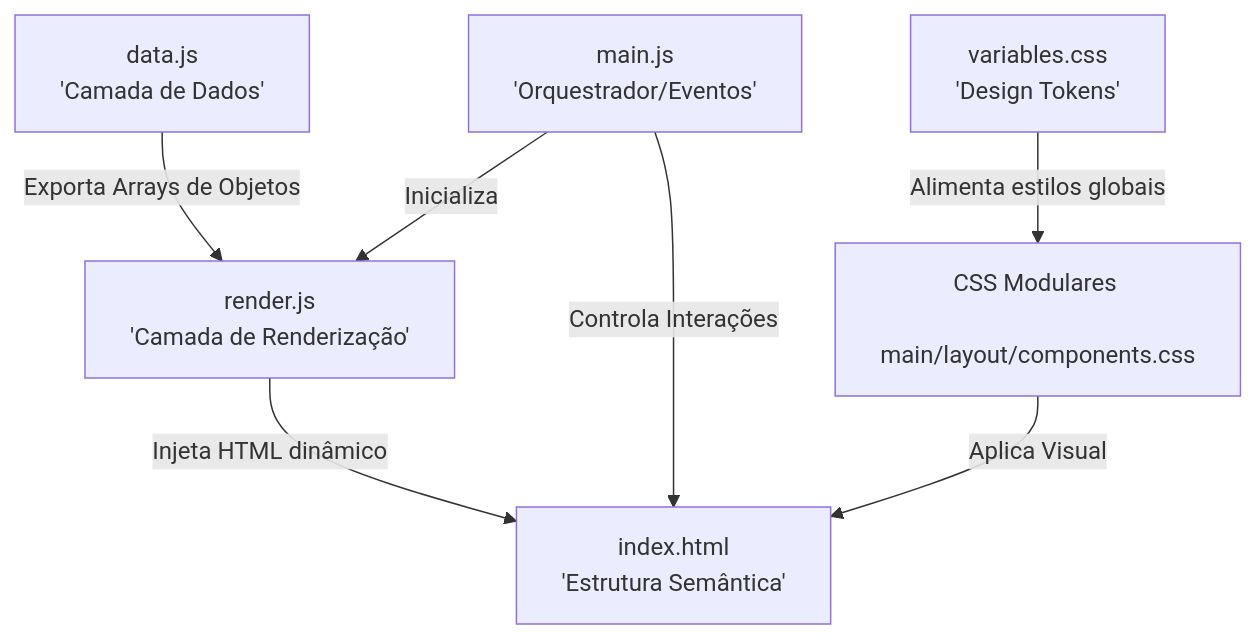
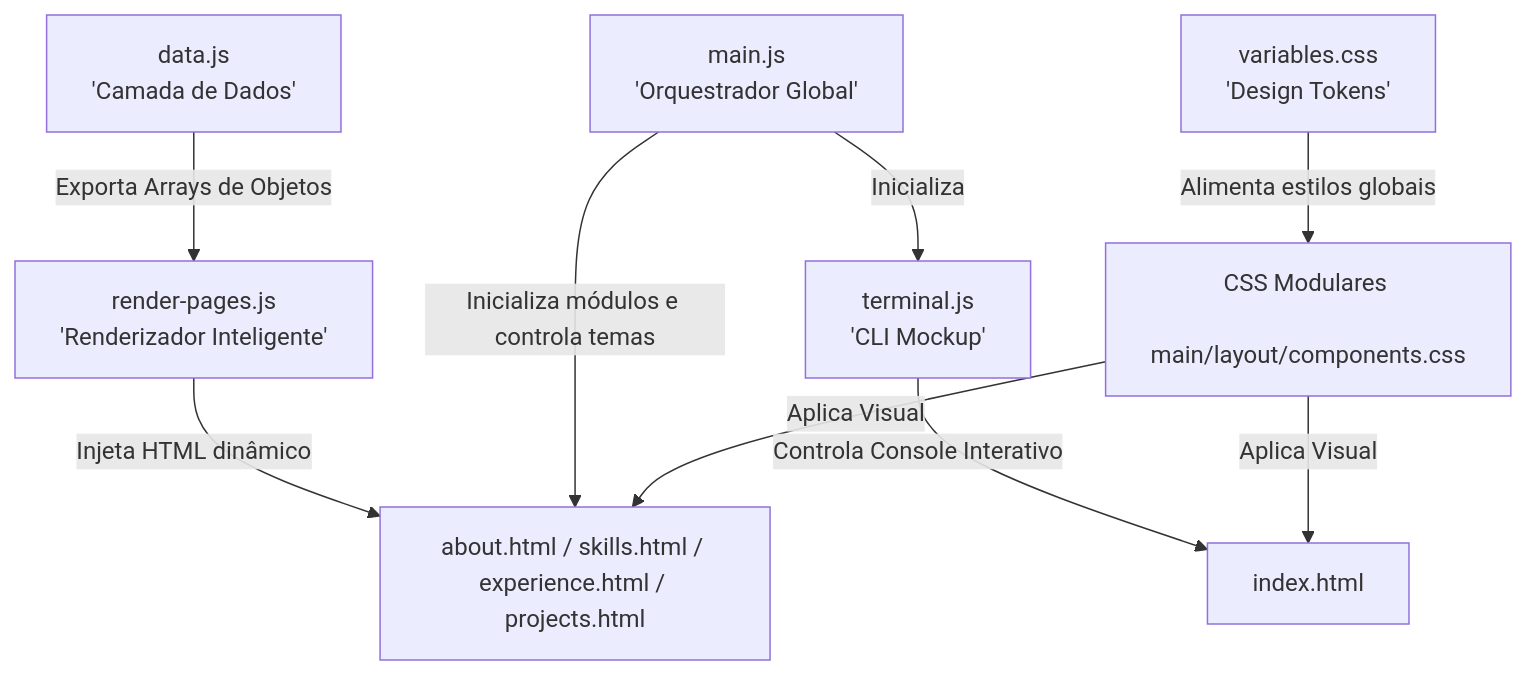
The diagram in README.md (ManoAlee/giovanni-savassa-portfolio), drawn with Mermaid before and after one commit. The commit also changed other lines of this file and 10 other files, not shown here.

Commit message:
feat: migrate to multi-page premium portfolio with interactive CLI terminal

````diff
--- a/README.md
+++ b/README.md
@@ -26,9 +26,11 @@
 ```mermaid
 graph TD
-    A[data.js <br> 'Camada de Dados'] -->|Exporta Arrays de Objetos| B[render.js <br> 'Camada de Renderização']
-    B -->|Injeta HTML dinâmico| C[index.html <br> 'Estrutura Semântica']
-    D[main.js <br> 'Orquestrador/Eventos'] -->|Inicializa| B
-    D -->|Controla Interações| C
-    E[variables.css <br> 'Design Tokens'] -->|Alimenta estilos globais| F[CSS Modulares <br> main/layout/components.css]
-    F -->|Aplica Visual| C
+    A[data.js <br> 'Camada de Dados'] -->|Exporta Arrays de Objetos| B[render-pages.js <br> 'Renderizador Inteligente']
+    B -->|Injeta HTML dinâmico| C[about.html / skills.html / experience.html / projects.html]
+    D[terminal.js <br> 'CLI Mockup'] -->|Controla Console Interativo| E[index.html]
+    F[main.js <br> 'Orquestrador Global'] -->|Inicializa módulos e controla temas| C
+    F -->|Inicializa| D
+    G[variables.css <br> 'Design Tokens'] -->|Alimenta estilos globais| H[CSS Modulares <br> main/layout/components.css]
+    H -->|Aplica Visual| C
+    H -->|Aplica Visual| E
 ```
````
